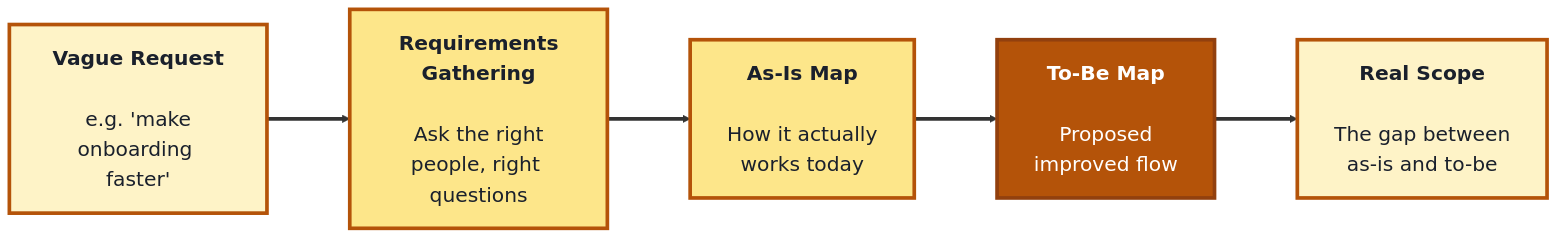
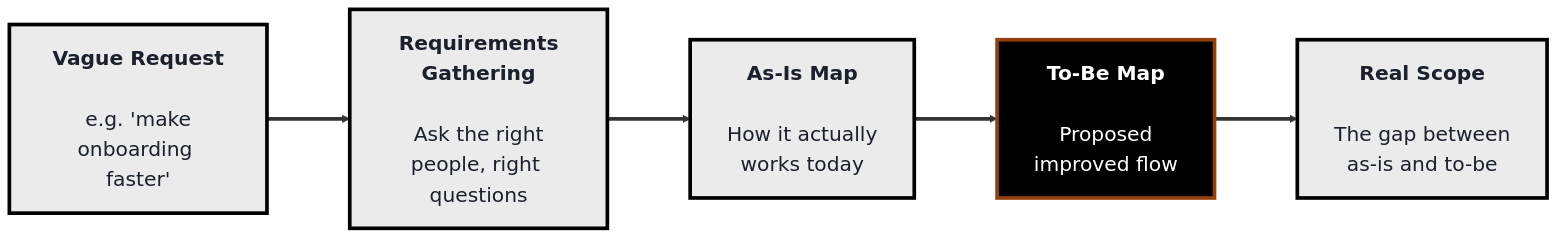
Before and after one commit to SHEMODELTECH/shemodeltech: the second of 3 diagrams in src/Pages/courses/TechLeads/module-2-strategy-business-analysis-stakeholder-management.md, drawn with Mermaid. The commit also changed 46 other files, not shown here.

````diff
--- a/src/Pages/courses/TechLeads/module-2-strategy-business-analysis-stakeholder-management.md
+++ b/src/Pages/courses/TechLeads/module-2-strategy-business-analysis-stakeholder-management.md
@@ -80,18 +80,18 @@
 ```mermaid
-%%{init: {'theme':'base', 'themeVariables': {'fontSize':'22px', 'primaryTextColor':'#1a202c', 'primaryBorderColor':'#b45309', 'lineColor':'#333333'}, 'flowchart': {'nodeSpacing': 70, 'rankSpacing': 90, 'padding': 20}}}%%
+%%{init: {'theme':'base', 'themeVariables': {'fontSize':'22px', 'primaryTextColor':'#1a202c', 'primaryBorderColor':'#000000', 'lineColor':'#333333'}, 'flowchart': {'nodeSpacing': 70, 'rankSpacing': 90, 'padding': 20}}}%%
 flowchart LR
     REQ["<b>Vague Request</b><br/><br/>e.g. 'make<br/>onboarding faster'"]
     GATHER["<b>Requirements<br/>Gathering</b><br/><br/>Ask the right<br/>people, right questions"]
     ASIS["<b>As-Is Map</b><br/><br/>How it actually<br/>works today"]
     TOBE["<b>To-Be Map</b><br/><br/>Proposed<br/>improved flow"]
     SCOPE["<b>Real Scope</b><br/><br/>The gap between<br/>as-is and to-be"]
 
     REQ ==> GATHER ==> ASIS ==> TOBE ==> SCOPE
 
-    style REQ fill:#fef3c7,color:#1a202c,stroke:#b45309,stroke-width:4px
-    style GATHER fill:#fde68a,color:#1a202c,stroke:#b45309,stroke-width:4px
-    style ASIS fill:#fde68a,color:#1a202c,stroke:#b45309,stroke-width:4px
-    style TOBE fill:#b45309,color:#fff,stroke:#92400e,stroke-width:4px
-    style SCOPE fill:#fef3c7,color:#1a202c,stroke:#b45309,stroke-width:4px
+    style REQ fill:#EBEBEB,color:#1a202c,stroke:#000000,stroke-width:4px
+    style GATHER fill:#EBEBEB,color:#1a202c,stroke:#000000,stroke-width:4px
+    style ASIS fill:#EBEBEB,color:#1a202c,stroke:#000000,stroke-width:4px
+    style TOBE fill:#000000,color:#fff,stroke:#92400e,stroke-width:4px
+    style SCOPE fill:#EBEBEB,color:#1a202c,stroke:#000000,stroke-width:4px
     linkStyle default stroke-width:4px,stroke:#333333
 ```
````
